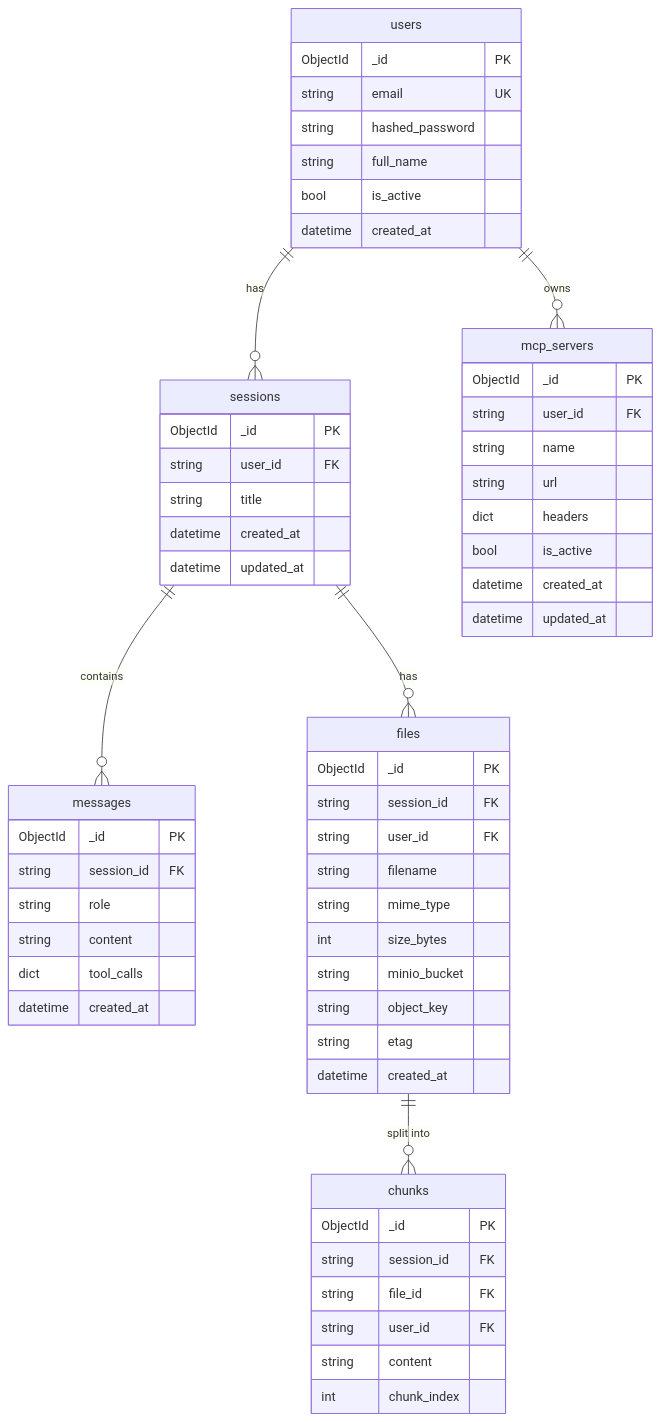
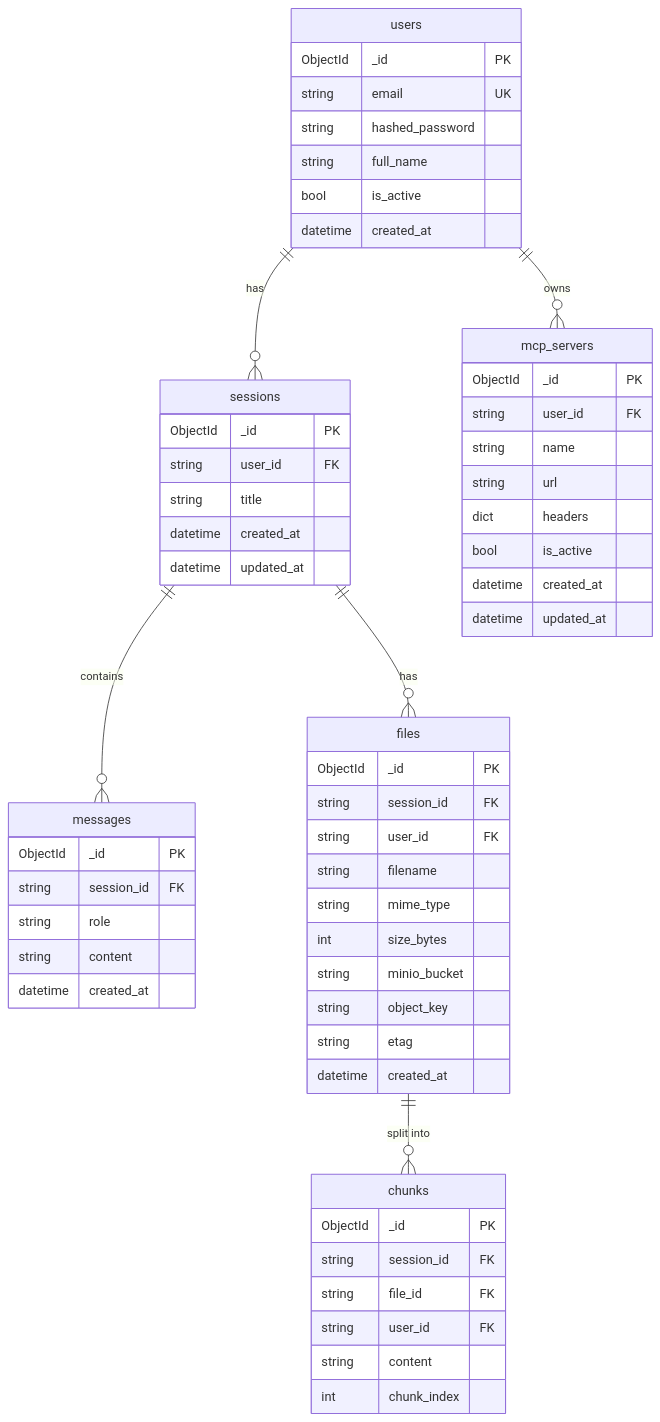
Before and after one commit to giasinguyen/chatly-messaging-platform: diagram 11 of 13 in chatly-agent/ARCHITECTURE.md, drawn with Mermaid. The commit also changed other lines of this file and 26 other files, not shown here.

First line of the commit message:
Refactor chat service and agent architecture

````diff
--- a/chatly-agent/ARCHITECTURE.md
+++ b/chatly-agent/ARCHITECTURE.md
@@ -343,67 +338,66 @@
 ```mermaid
 erDiagram
     users {
         ObjectId _id PK
         string email UK
         string hashed_password
         string full_name
         bool is_active
         datetime created_at
     }
 
     sessions {
         ObjectId _id PK
         string user_id FK
         string title
         datetime created_at
         datetime updated_at
     }
 
     messages {
         ObjectId _id PK
         string session_id FK
         string role
         string content
-        dict tool_calls
         datetime created_at
     }
 
     files {
         ObjectId _id PK
         string session_id FK
         string user_id FK
         string filename
         string mime_type
         int size_bytes
         string minio_bucket
         string object_key
         string etag
         datetime created_at
     }
 
     chunks {
         ObjectId _id PK
         string session_id FK
         string file_id FK
         string user_id FK
         string content
         int chunk_index
     }
 
     mcp_servers {
         ObjectId _id PK
         string user_id FK
         string name
         string url
         dict headers
         bool is_active
         datetime created_at
         datetime updated_at
     }
 
     users ||--o{ sessions : "has"
     users ||--o{ mcp_servers : "owns"
     sessions ||--o{ messages : "contains"
     sessions ||--o{ files : "has"
     files ||--o{ chunks : "split into"
 ```
````
